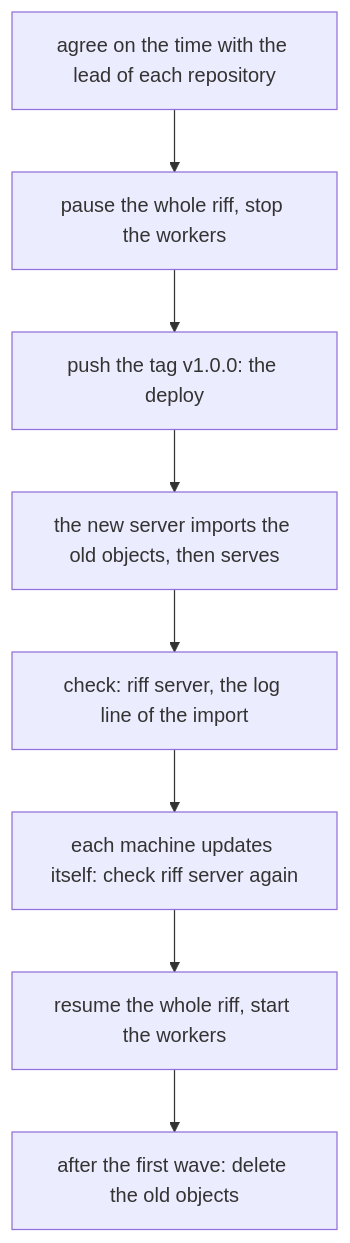
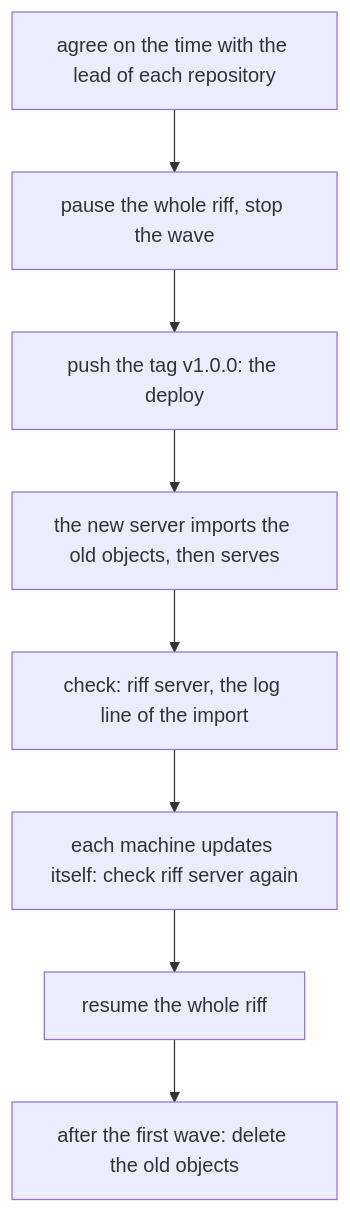
Diagram 33 of 35 in docs/src/development.md (como-technologies/riff), drawn with Mermaid before and after one commit. The commit also changed other lines of this file and 71 other files, not shown here.

First line of the commit message:
The rollout starts no tmux worker: remove riff workers and the code that only it uses (#1197)

````diff
--- a/docs/src/development.md
+++ b/docs/src/development.md
@@ -4173,10 +4142,10 @@
 ```mermaid
 flowchart TD
-    A[agree on the time with the lead of each repository] --> P[pause the whole riff, stop the workers]
+    A[agree on the time with the lead of each repository] --> P[pause the whole riff, stop the wave]
     P --> T[push the tag v1.0.0: the deploy]
     T --> I[the new server imports the old objects, then serves]
     I --> C[check: riff server, the log line of the import]
     C --> U[each machine updates itself: check riff server again]
-    U --> R[resume the whole riff, start the workers]
+    U --> R[resume the whole riff]
     R --> D[after the first wave: delete the old objects]
 ```
````
